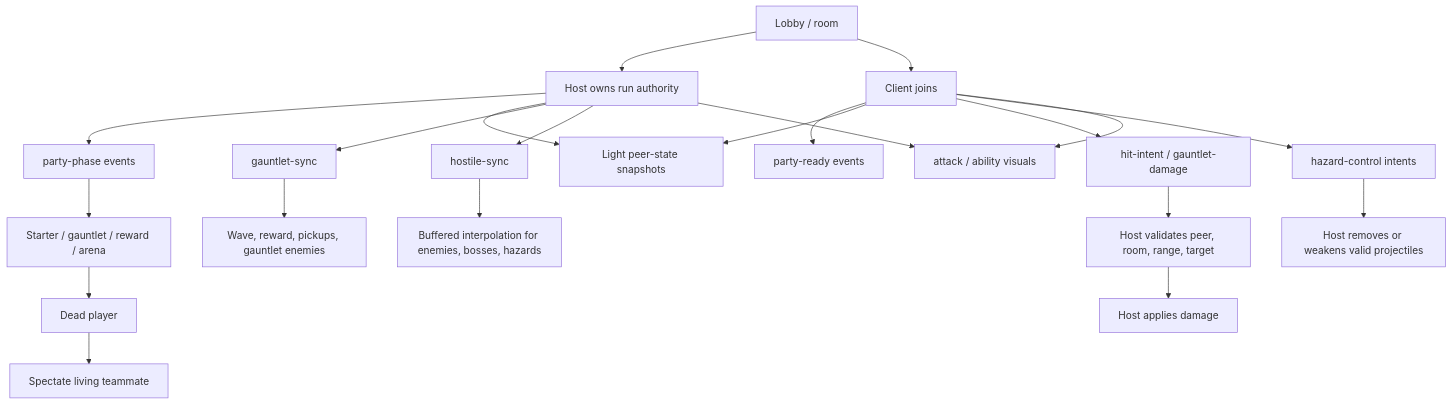
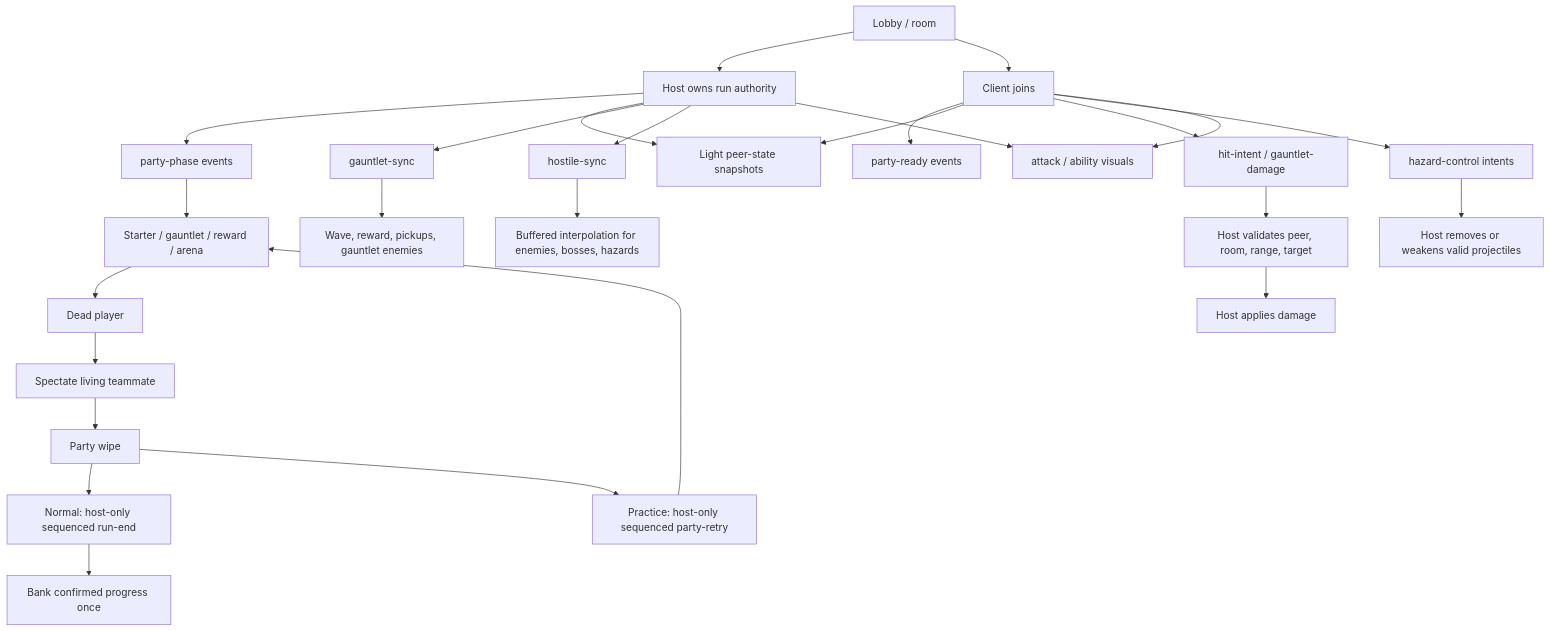
The fourth of 5 diagrams in GAME_FLOW.md (Sheldonite/MosterFastFood), drawn with Mermaid before and after one commit. The commit also changed other lines of this file and 186 other files, not shown here.

````diff
--- a/GAME_FLOW.md
+++ b/GAME_FLOW.md
@@ -97,23 +110,28 @@
 ```mermaid
 flowchart TD
   Lobby["Lobby / room"] --> Host["Host owns run authority"]
   Lobby --> Client["Client joins"]
   Host --> PartyPhase["party-phase events"]
   Client --> Ready["party-ready events"]
   PartyPhase --> SharedPhase["Starter / gauntlet / reward / arena"]
   Host --> PeerState["Light peer-state snapshots"]
   Client --> PeerState
   Host --> Gauntlet["gauntlet-sync"]
   Gauntlet --> MazeTruth["Wave, reward, pickups, gauntlet enemies"]
   Host --> Hostile["hostile-sync"]
   Hostile --> SmoothEnemies["Buffered interpolation for enemies, bosses, hazards"]
   Client --> HitIntent["hit-intent / gauntlet-damage"]
   HitIntent --> HostValidate["Host validates peer, room, range, target"]
   HostValidate --> ApplyDamage["Host applies damage"]
   Client --> HazardControl["hazard-control intents"]
   HazardControl --> HostHazards["Host removes or weakens valid projectiles"]
   Client --> Visuals["attack / ability visuals"]
   Host --> Visuals
   SharedPhase --> Death["Dead player"]
   Death --> Spectate["Spectate living teammate"]
+  Spectate --> Wipe["Party wipe"]
+  Wipe --> End["Normal: host-only sequenced run-end"]
+  End --> Settlement["Bank confirmed progress once"]
+  Wipe --> Retry["Practice: host-only sequenced party-retry"]
+  Retry --> SharedPhase
 ```
````
